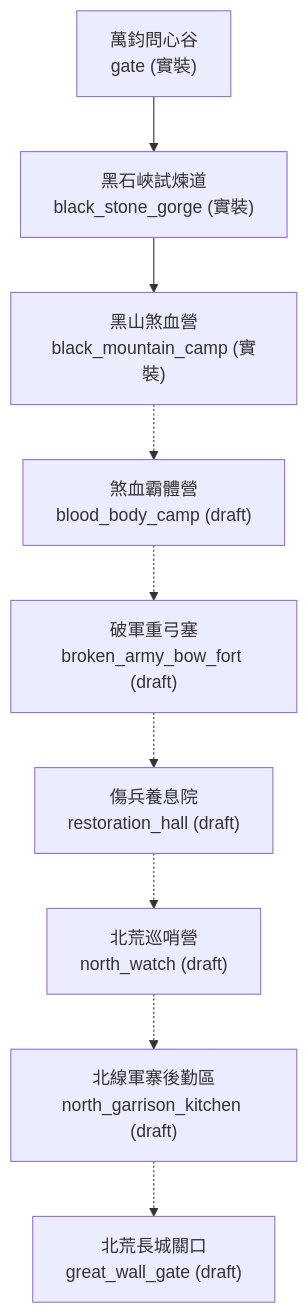
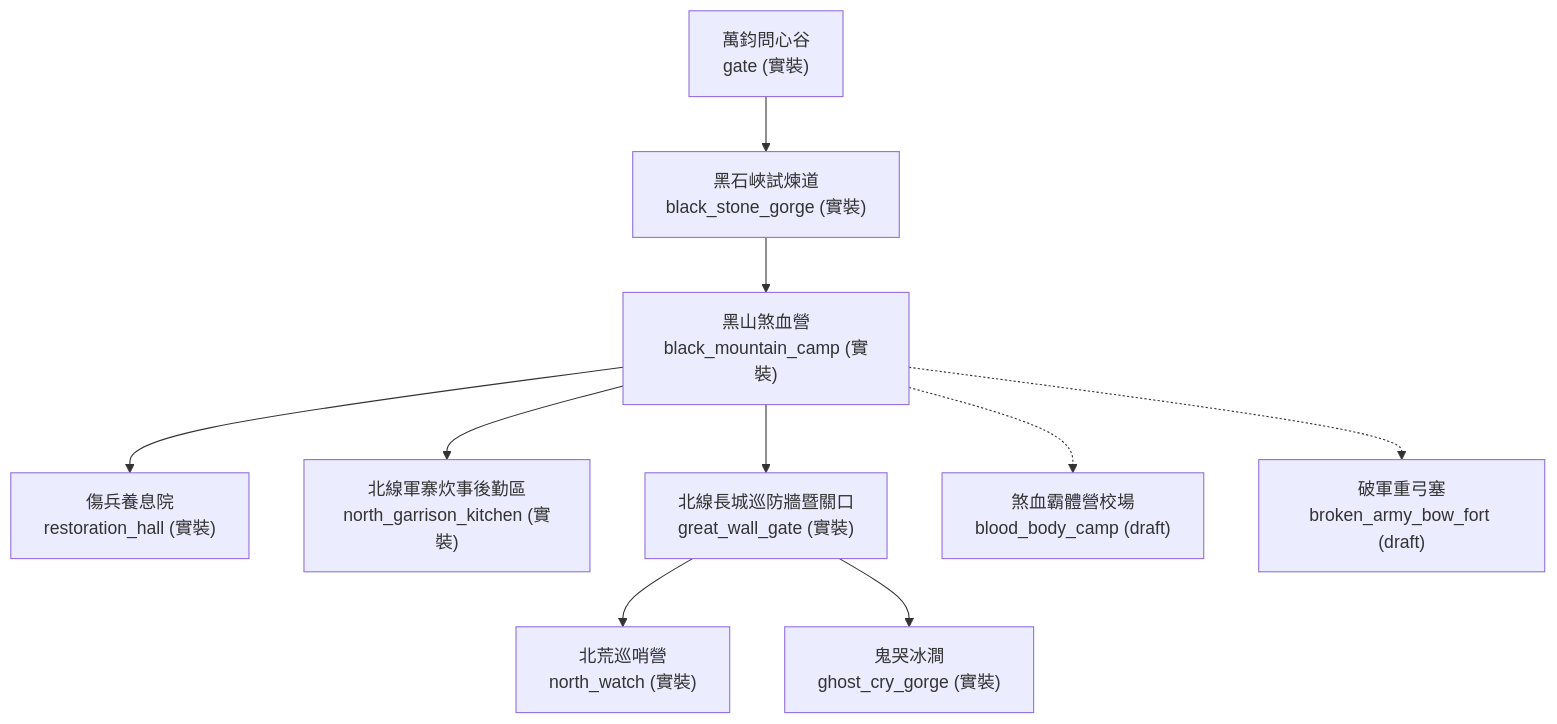
One commit to wade-fs/mudscript changed the diagram in forgotten-space/narrative/docs/maps/tier2/bahuang_map.md. Above: the diagram before and after it, drawn with Mermaid. The commit also changed other lines of this file and 41 other files, not shown here.

````diff
--- a/forgotten-space/narrative/docs/maps/tier2/bahuang_map.md
+++ b/forgotten-space/narrative/docs/maps/tier2/bahuang_map.md
@@ -21,20 +24,22 @@
 ```mermaid
 flowchart TD
   gate["萬鈞問心谷<br/>gate (實裝)"]
   black_stone_gorge["黑石峽試煉道<br/>black_stone_gorge (實裝)"]
   black_mountain_camp["黑山煞血營<br/>black_mountain_camp (實裝)"]
-  blood_body_camp["煞血霸體營<br/>blood_body_camp (draft)"]
+  restoration_hall["傷兵養息院<br/>restoration_hall (實裝)"]
+  north_garrison_kitchen["北線軍寨炊事後勤區<br/>north_garrison_kitchen (實裝)"]
+  great_wall_gate["北線長城巡防牆暨關口<br/>great_wall_gate (實裝)"]
+  north_watch["北荒巡哨營<br/>north_watch (實裝)"]
+  ghost_cry_gorge["鬼哭冰澗<br/>ghost_cry_gorge (實裝)"]
+  blood_body_camp["煞血霸體營校場<br/>blood_body_camp (draft)"]
   broken_army_bow_fort["破軍重弓塞<br/>broken_army_bow_fort (draft)"]
-  restoration_hall["傷兵養息院<br/>restoration_hall (draft)"]
-  north_watch["北荒巡哨營<br/>north_watch (draft)"]
-  north_garrison_kitchen["北線軍寨後勤區<br/>north_garrison_kitchen (draft)"]
-  great_wall_gate["北荒長城關口<br/>great_wall_gate (draft)"]
   gate --> black_stone_gorge
   black_stone_gorge --> black_mountain_camp
+  black_mountain_camp --> restoration_hall
+  black_mountain_camp --> north_garrison_kitchen
+  black_mountain_camp --> great_wall_gate
+  great_wall_gate --> north_watch
+  great_wall_gate --> ghost_cry_gorge
   black_mountain_camp -.-> blood_body_camp
-  blood_body_camp -.-> broken_army_bow_fort
-  broken_army_bow_fort -.-> restoration_hall
-  restoration_hall -.-> north_watch
-  north_watch -.-> north_garrison_kitchen
-  north_garrison_kitchen -.-> great_wall_gate
+  black_mountain_camp -.-> broken_army_bow_fort
 ```
````
